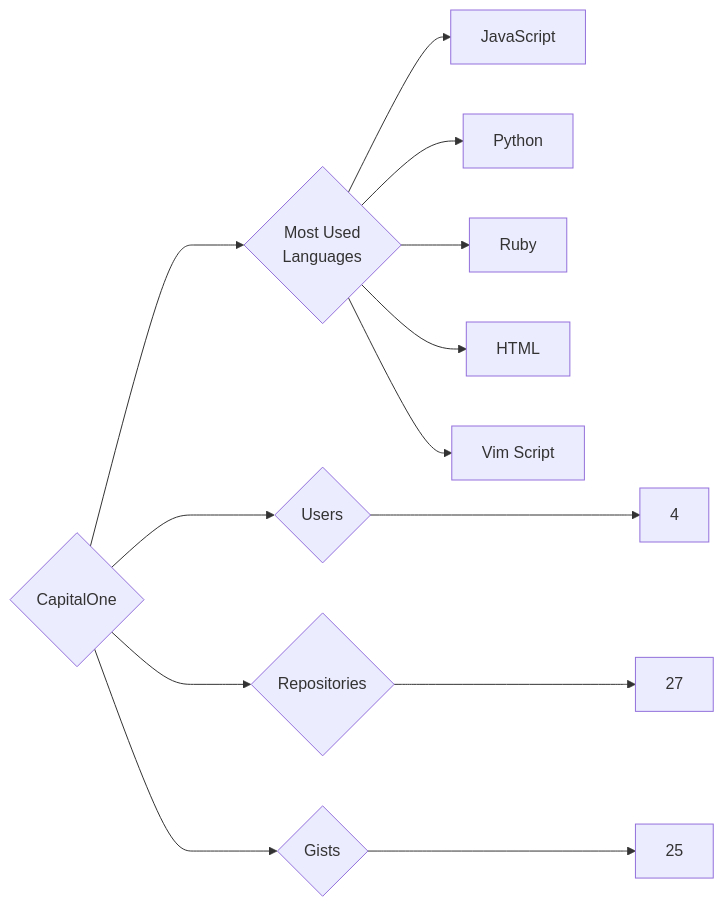
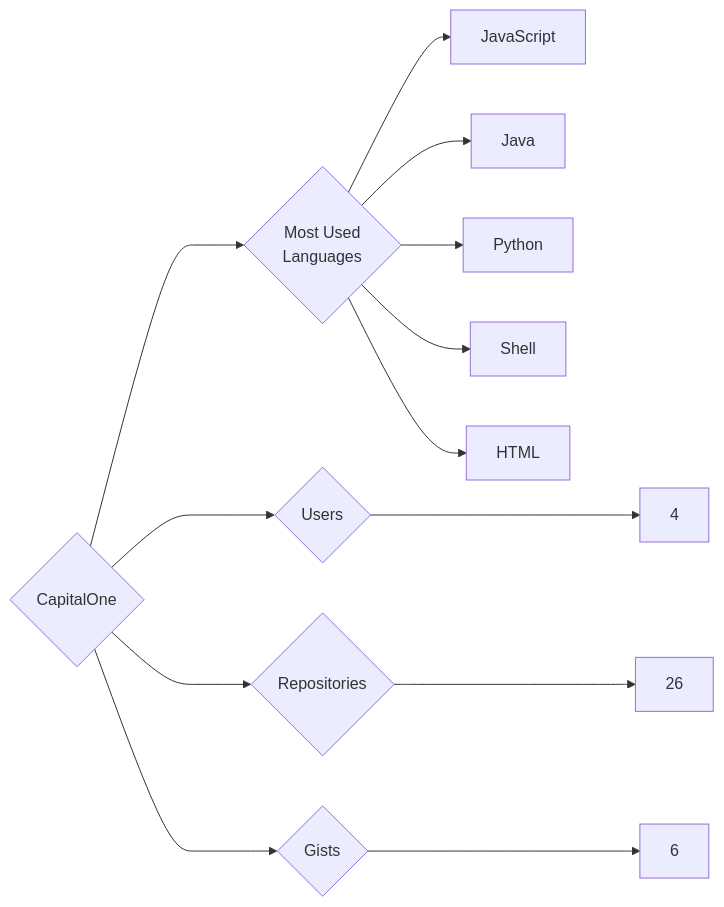
The diagram in targets/CapitalOne/README.md (trickest/insiders), drawn with Mermaid before and after one commit. The commit also changed 1170 other files, not shown here.

````diff
--- a/targets/CapitalOne/README.md
+++ b/targets/CapitalOne/README.md
@@ -3,13 +3,13 @@
 ```mermaid
 graph LR
 COMPANY_NAME{CapitalOne}
 COMPANY_NAME ---> U{Users} ---> UN[4]
-COMPANY_NAME ---> R{Repositories} ---> RN[27]
-COMPANY_NAME ---> G{Gists} ---> GN[25]
+COMPANY_NAME ---> R{Repositories} ---> RN[26]
+COMPANY_NAME ---> G{Gists} ---> GN[6]
 COMPANY_NAME ---> ML{Most Used<br>Languages}
 ML --> JavaScript[JavaScript]
+ML --> Java[Java]
 ML --> Python[Python]
-ML --> Ruby[Ruby]
+ML --> Shell[Shell]
 ML --> HTML[HTML]
-ML --> Vim_Script[Vim Script]
 ```
````
